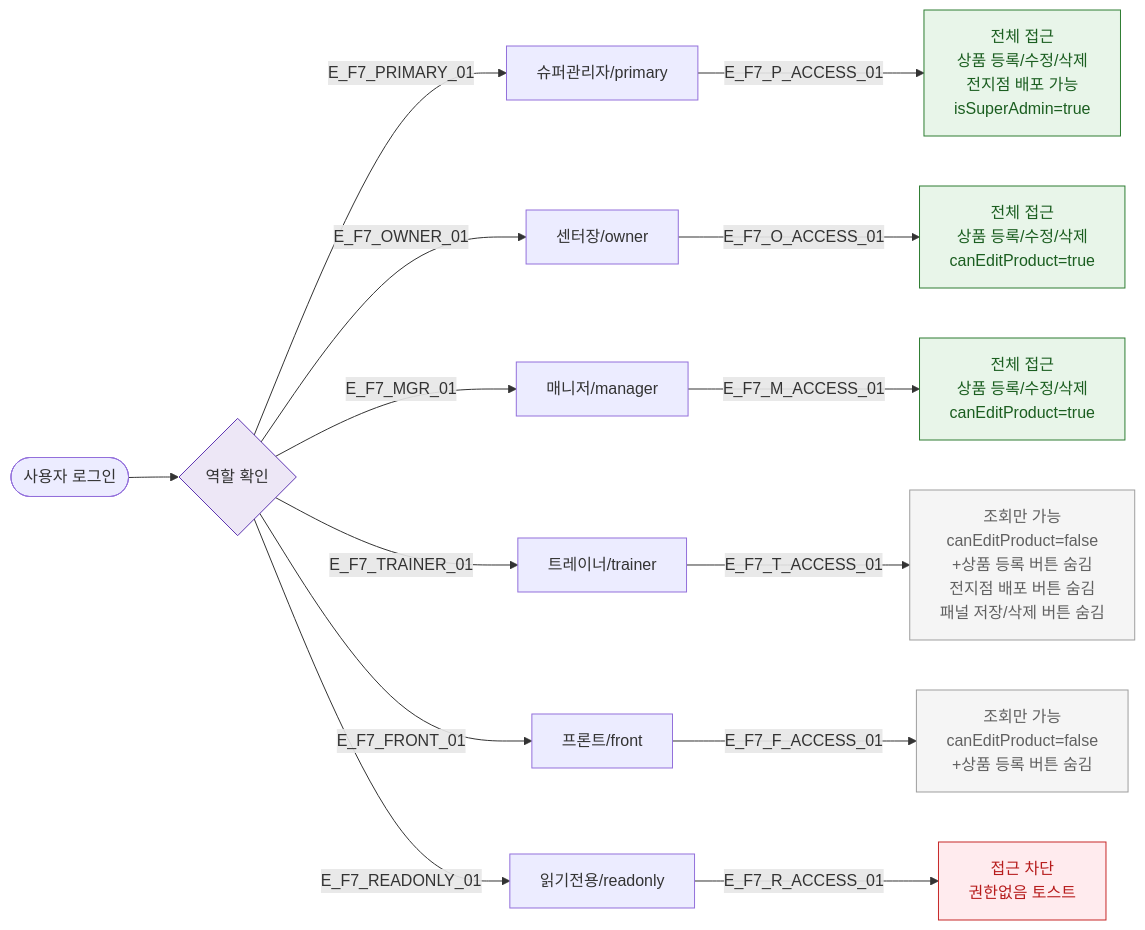
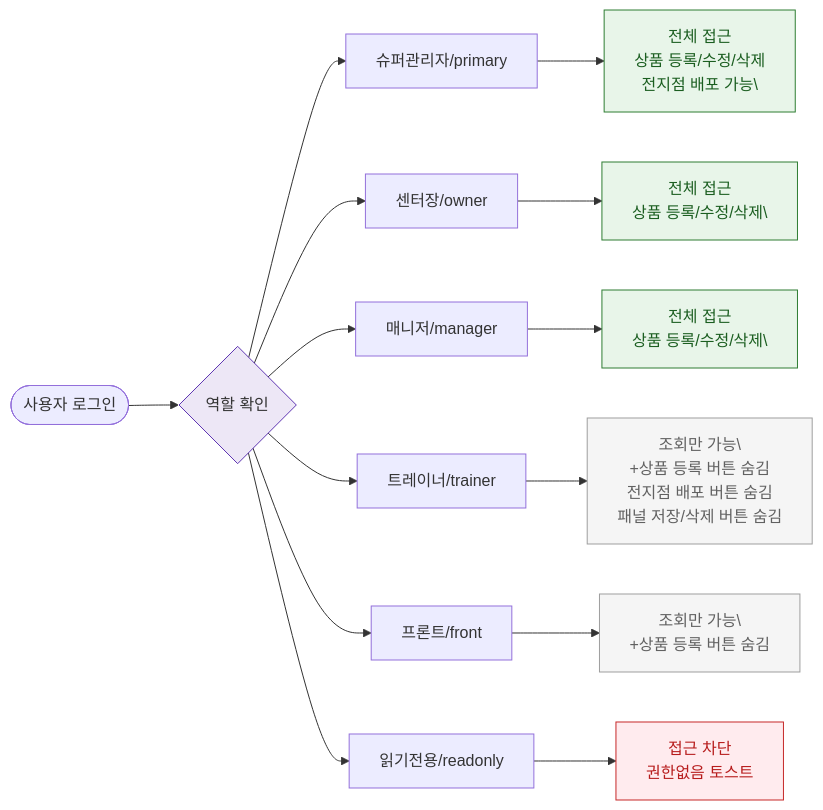
One commit to dev-spogym/admin-pando changed the diagram in docs/다이어그램/D05_상품관리/SCR-P001_상품관리/F7_권한RBAC.md. Above: the diagram before and after it, drawn with Mermaid. The commit also changed other lines of this file and 1660 other files, not shown here.

First line of the commit message:
다이어그램: 기획자/클라이언트 납품본으로 정리

````diff
--- a/docs/다이어그램/D05_상품관리/SCR-P001_상품관리/F7_권한RBAC.md
+++ b/docs/다이어그램/D05_상품관리/SCR-P001_상품관리/F7_권한RBAC.md
@@ -19,28 +17,28 @@
 ```mermaid
 flowchart LR
     USER([사용자 로그인]) --> RoleCheck{역할 확인}
 
-    RoleCheck -->|E_F7_PRIMARY_01| PRIMARY[슈퍼관리자/primary]
-    RoleCheck -->|E_F7_OWNER_01| OWNER[센터장/owner]
-    RoleCheck -->|E_F7_MGR_01| MGR[매니저/manager]
-    RoleCheck -->|E_F7_TRAINER_01| TRAINER[트레이너/trainer]
-    RoleCheck -->|E_F7_FRONT_01| FRONT[프론트/front]
-    RoleCheck -->|E_F7_READONLY_01| READONLY[읽기전용/readonly]
+    RoleCheck --> PRIMARY[슈퍼관리자/primary]
+    RoleCheck --> OWNER[센터장/owner]
+    RoleCheck --> MGR[매니저/manager]
+    RoleCheck --> TRAINER[트레이너/trainer]
+    RoleCheck --> FRONT[프론트/front]
+    RoleCheck --> READONLY[읽기전용/readonly]
 
-    PRIMARY -->|E_F7_P_ACCESS_01| P_FULL[전체 접근\n상품 등록/수정/삭제\n전지점 배포 가능\nisSuperAdmin=true]
-    OWNER -->|E_F7_O_ACCESS_01| O_FULL[전체 접근\n상품 등록/수정/삭제\ncanEditProduct=true]
-    MGR -->|E_F7_M_ACCESS_01| M_FULL[전체 접근\n상품 등록/수정/삭제\ncanEditProduct=true]
-    TRAINER -->|E_F7_T_ACCESS_01| T_READ[조회만 가능\ncanEditProduct=false\n+상품 등록 버튼 숨김\n전지점 배포 버튼 숨김\n패널 저장/삭제 버튼 숨김]
-    FRONT -->|E_F7_F_ACCESS_01| F_READ[조회만 가능\ncanEditProduct=false\n+상품 등록 버튼 숨김]
-    READONLY -->|E_F7_R_ACCESS_01| R_BLOCK[접근 차단\n권한없음 토스트]
+    PRIMARY --> P_FULL[전체 접근\n상품 등록/수정/삭제\n전지점 배포 가능\]
+    OWNER --> O_FULL[전체 접근\n상품 등록/수정/삭제\]
+    MGR --> M_FULL[전체 접근\n상품 등록/수정/삭제\]
+    TRAINER --> T_READ[조회만 가능\\n+상품 등록 버튼 숨김\n전지점 배포 버튼 숨김\n패널 저장/삭제 버튼 숨김]
+    FRONT --> F_READ[조회만 가능\\n+상품 등록 버튼 숨김]
+    READONLY --> R_BLOCK[접근 차단\n권한없음 토스트]
 
     classDef screen fill:#E3F2FD,stroke:#1976D2,color:#0D47A1
     classDef success fill:#E8F5E9,stroke:#2E7D32,color:#1B5E20
     classDef rbacBlocked fill:#F5F5F5,stroke:#9E9E9E,color:#616161
     classDef error fill:#FFEBEE,stroke:#C62828,color:#B71C1C
     classDef system fill:#EDE7F6,stroke:#5E35B2
     class P_FULL,O_FULL,M_FULL success
     class T_READ,F_READ rbacBlocked
     class R_BLOCK error
     class RoleCheck system
 ```
````
